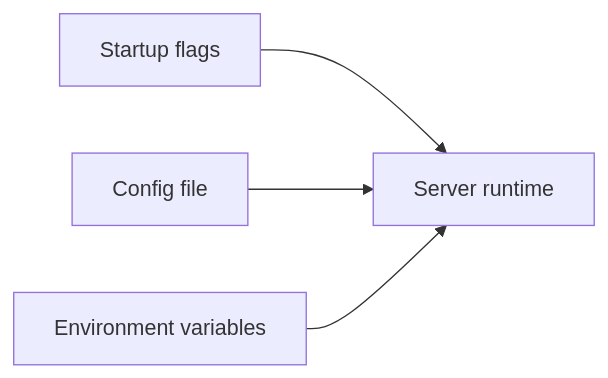
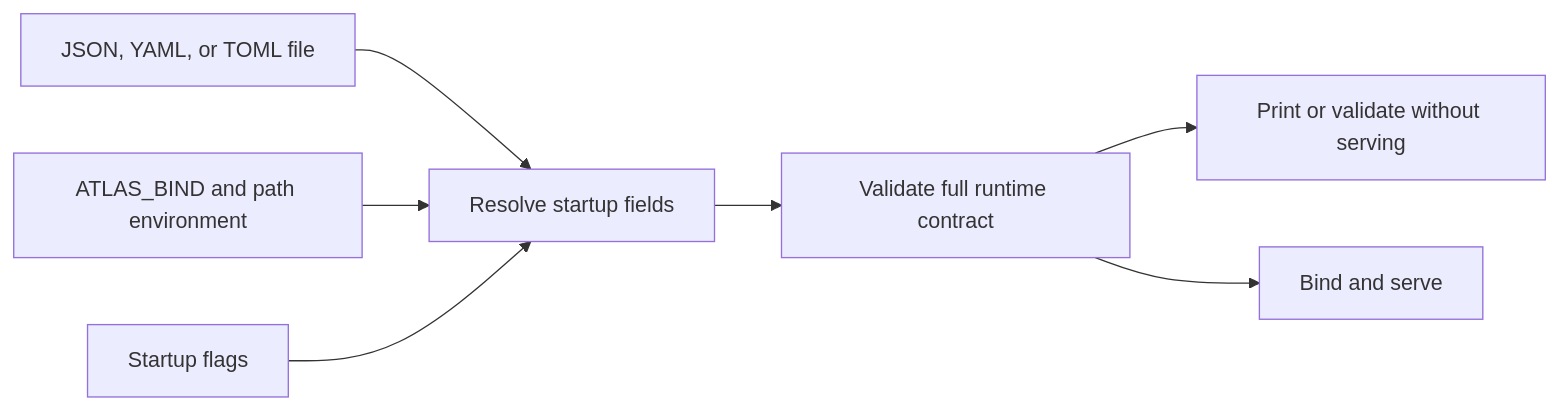
The diagram in docs/bijux-atlas/interfaces/runtime-config-reference.md (bijux/bijux-atlas), drawn with Mermaid before and after one commit. The commit also changed other lines of this file and 2 other files, not shown here.

Commit message:
docs(interfaces): correct policy features and config semantics

````diff
--- a/docs/bijux-atlas/interfaces/runtime-config-reference.md
+++ b/docs/bijux-atlas/interfaces/runtime-config-reference.md
@@ -17,6 +19,9 @@
 ```mermaid
 flowchart LR
-    Flags[Startup flags] --> Runtime[Server runtime]
-    Files[Config file] --> Runtime
-    Env[Environment variables] --> Runtime
+    File[JSON, YAML, or TOML file] --> Resolve[Resolve startup fields]
+    Env[ATLAS_BIND and path environment] --> Resolve
+    Flags[Startup flags] --> Resolve
+    Resolve --> Validate[Validate full runtime contract]
+    Validate --> Inspect[Print or validate without serving]
+    Validate --> Serve[Bind and serve]
 ```
````
